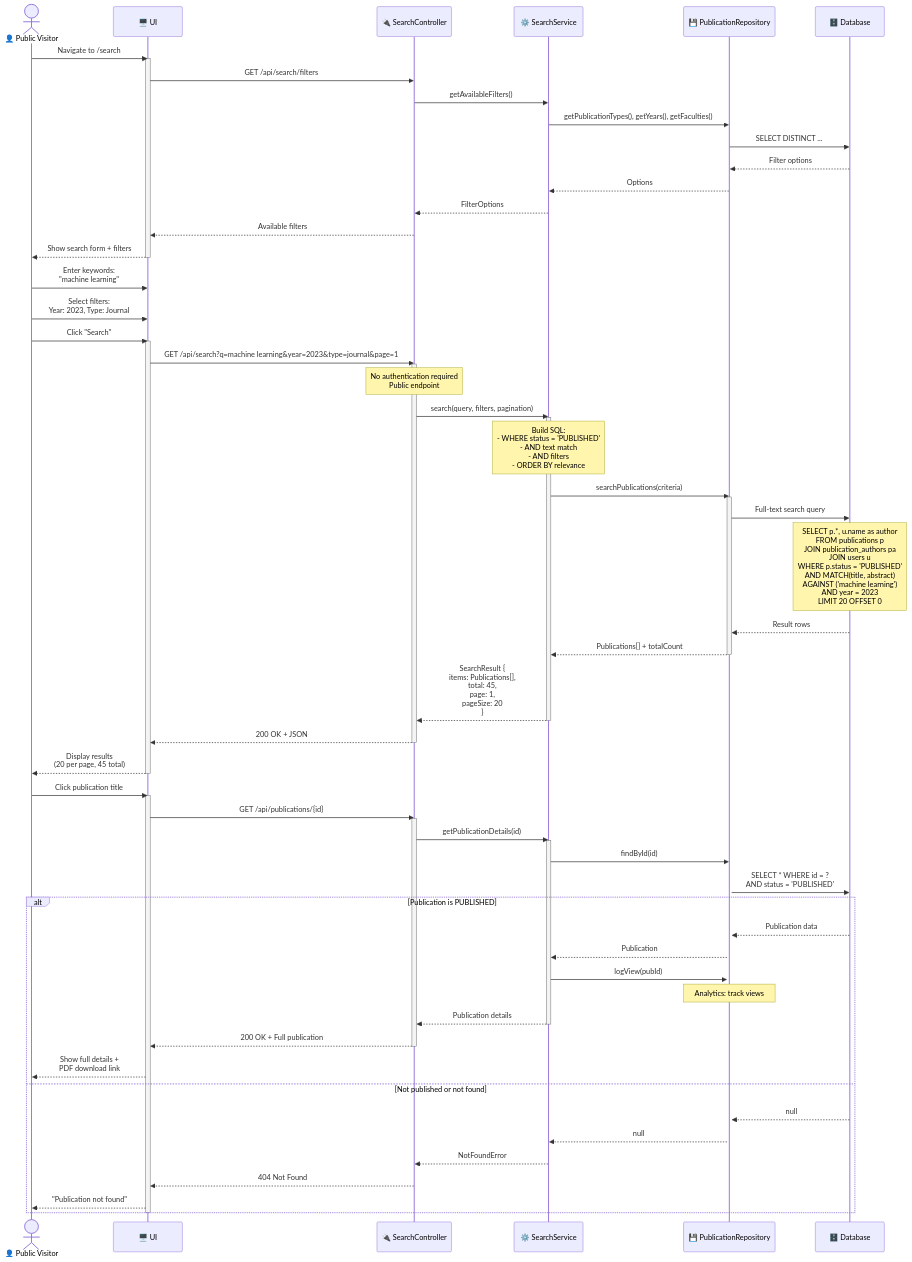
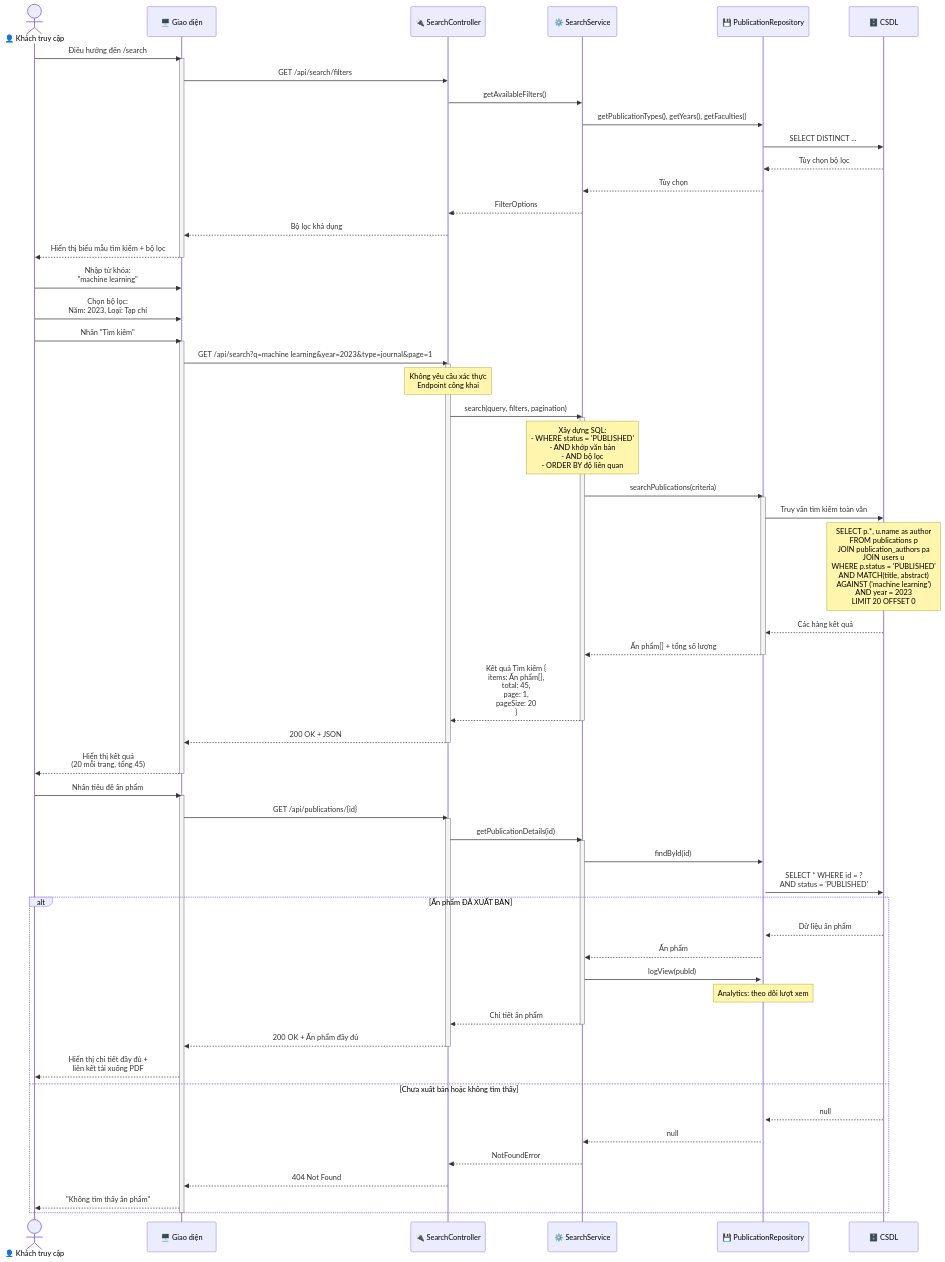
One commit to Ng0cTh4nhk5/ufpms-docs changed the diagram in docs/06_Diagrams/Sequence/seq_search_publications.md. Above: the diagram before and after it, drawn with Mermaid. The commit also changed other lines of this file and 70 other files, not shown here.

````diff
--- a/docs/06_Diagrams/Sequence/seq_search_publications.md
+++ b/docs/06_Diagrams/Sequence/seq_search_publications.md
@@ -12,63 +12,63 @@
 ```mermaid
 sequenceDiagram
-    actor Visitor as 👤 Public Visitor
-    participant UI as 🖥️ UI
+    actor Visitor as 👤 Khách truy cập
+    participant UI as 🖥️ Giao diện
     participant API as 🔌 SearchController
     participant Service as ⚙️ SearchService
     participant Repo as 💾 PublicationRepository
-    participant DB as 🗄️ Database
+    participant DB as 🗄️ CSDL
     
-    %% Open search page
-    Visitor->>UI: Navigate to /search
+    %% Mở trang tìm kiếm
+    Visitor->>UI: Điều hướng đến /search
     activate UI
     UI->>API: GET /api/search/filters
     API->>Service: getAvailableFilters()
     Service->>Repo: getPublicationTypes(), getYears(), getFaculties()
     Repo->>DB: SELECT DISTINCT ...
-    DB-->>Repo: Filter options
-    Repo-->>Service: Options
+    DB-->>Repo: Tùy chọn bộ lọc
+    Repo-->>Service: Tùy chọn
     Service-->>API: FilterOptions
-    API-->>UI: Available filters
-    UI-->>Visitor: Show search form + filters
+    API-->>UI: Bộ lọc khả dụng
+    UI-->>Visitor: Hiển thị biểu mẫu tìm kiếm + bộ lọc
     deactivate UI
     
-    %% Enter search query
-    Visitor->>UI: Enter keywords:<br/>"machine learning"
-    Visitor->>UI: Select filters:<br/>Year: 2023, Type: Journal
-    Visitor->>UI: Click "Search"
+    %% Nhập truy vấn tìm kiếm
+    Visitor->>UI: Nhập từ khóa:<br/>"machine learning"
+    Visitor->>UI: Chọn bộ lọc:<br/>Năm: 2023, Loại: Tạp chí
+    Visitor->>UI: Nhấn "Tìm kiếm"
     
     activate UI
     UI->>API: GET /api/search?q=machine learning&year=2023&type=journal&page=1
     activate API
-    Note over API: No authentication required<br/>Public endpoint
+    Note over API: Không yêu cầu xác thực<br/>Endpoint công khai
     
     API->>Service: search(query, filters, pagination)
     activate Service
     
-    %% Build query
-    Note over Service: Build SQL:<br/>- WHERE status = 'PUBLISHED'<br/>- AND text match<br/>- AND filters<br/>- ORDER BY relevance
+    %% Xây dựng truy vấn
+    Note over Service: Xây dựng SQL:<br/>- WHERE status = 'PUBLISHED'<br/>- AND khớp văn bản<br/>- AND bộ lọc<br/>- ORDER BY độ liên quan
     
     Service->>Repo: searchPublications(criteria)
     activate Repo
     
-    Repo->>DB: Full-text search query
+    Repo->>DB: Truy vấn tìm kiếm toàn văn
     Note over DB: SELECT p.*, u.name as author<br/>FROM publications p<br/>JOIN publication_authors pa<br/>JOIN users u<br/>WHERE p.status = 'PUBLISHED'<br/>AND MATCH(title, abstract)<br/>AGAINST ('machine learning')<br/>AND year = 2023<br/>LIMIT 20 OFFSET 0
     
-    DB-->>Repo: Result rows
-    Repo-->>Service: Publications[] + totalCount
+    DB-->>Repo: Các hàng kết quả
+    Repo-->>Service: Ấn phẩm[] + tổng số lượng
     deactivate Repo
     
-    Service-->>API: SearchResult {<br/>  items: Publications[],<br/>  total: 45,<br/>  page: 1,<br/>  pageSize: 20<br/>}
+    Service-->>API: Kết quả Tìm kiếm {<br/>  items: Ấn phẩm[],<br/>  total: 45,<br/>  page: 1,<br/>  pageSize: 20<br/>}
     deactivate Service
     
     API-->>UI: 200 OK + JSON
     deactivate API
     
-    UI-->>Visitor: Display results<br/>(20 per page, 45 total)
+    UI-->>Visitor: Hiển thị kết quả<br/>(20 mỗi trang, tổng 45)
     deactivate UI
     
-    %% View details
-    Visitor->>UI: Click publication title
+    %% Xem chi tiết
+    Visitor->>UI: Nhấn tiêu đề ấn phẩm
     activate UI
     UI->>API: GET /api/publications/{id}
     activate API
@@ -80,25 +80,25 @@
     activate Repo
     Repo->>DB: SELECT * WHERE id = ?<br/>AND status = 'PUBLISHED'
     
-    alt Publication is PUBLISHED
-        DB-->>Repo: Publication data
-        Repo-->>Service: Publication
+    alt Ấn phẩm ĐÃ XUẤT BẢN
+        DB-->>Repo: Dữ liệu ấn phẩm
+        Repo-->>Service: Ấn phẩm
         
-        %% Log view (analytics - async)
+        %% Ghi nhận lượt xem (analytics - bất đồng bộ)
         Service->>Repo: logView(pubId)
-        Note over Repo: Analytics: track views
+        Note over Repo: Analytics: theo dõi lượt xem
         
-        Service-->>API: Publication details
+        Service-->>API: Chi tiết ấn phẩm
         deactivate Service
-        API-->>UI: 200 OK + Full publication
+        API-->>UI: 200 OK + Ấn phẩm đầy đủ
         deactivate API
-        UI-->>Visitor: Show full details +<br/>PDF download link
-    else Not published or not found
+        UI-->>Visitor: Hiển thị chi tiết đầy đủ +<br/>liên kết tải xuống PDF
+    else Chưa xuất bản hoặc không tìm thấy
         DB-->>Repo: null
         Repo-->>Service: null
         Service-->>API: NotFoundError
         API-->>UI: 404 Not Found
-        UI-->>Visitor: "Publication not found"
+        UI-->>Visitor: "Không tìm thấy ấn phẩm"
     end
     deactivate UI
 ```
````
